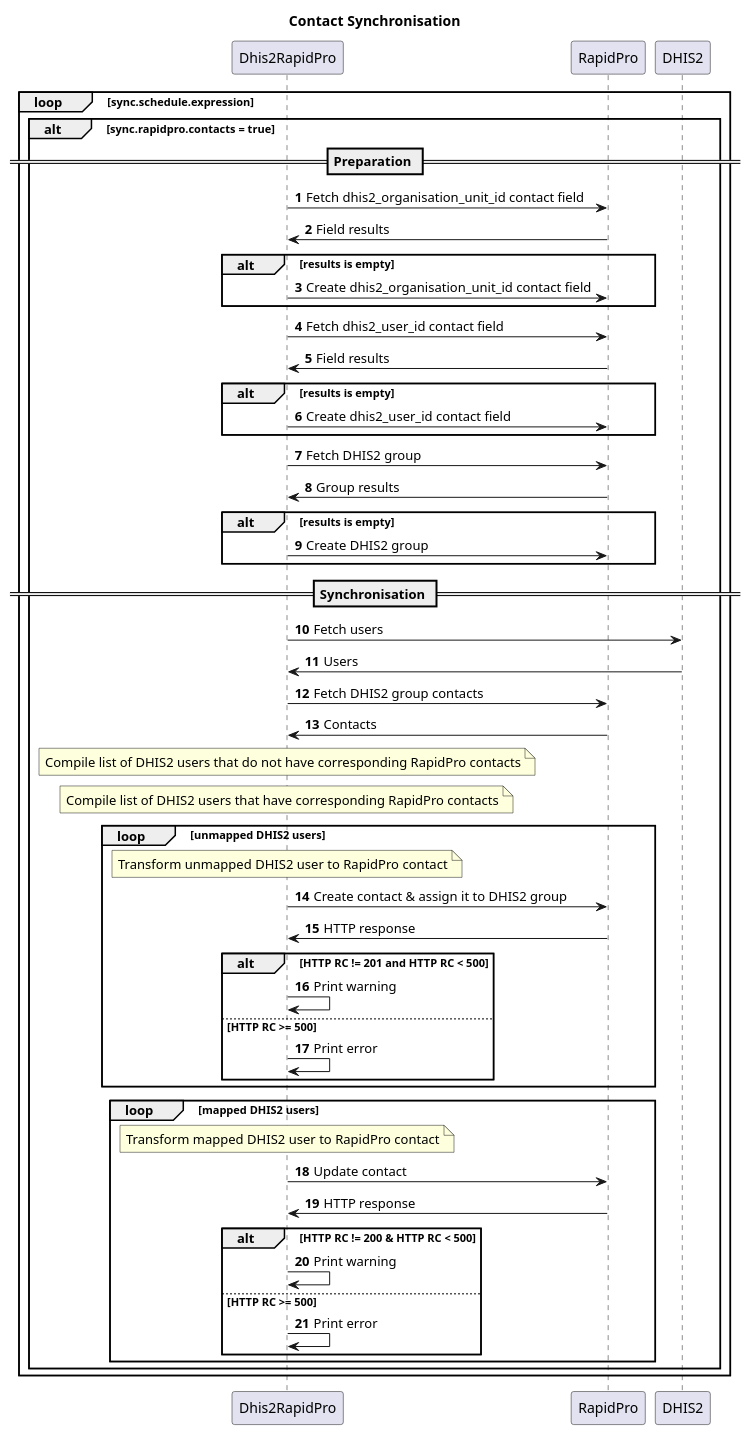
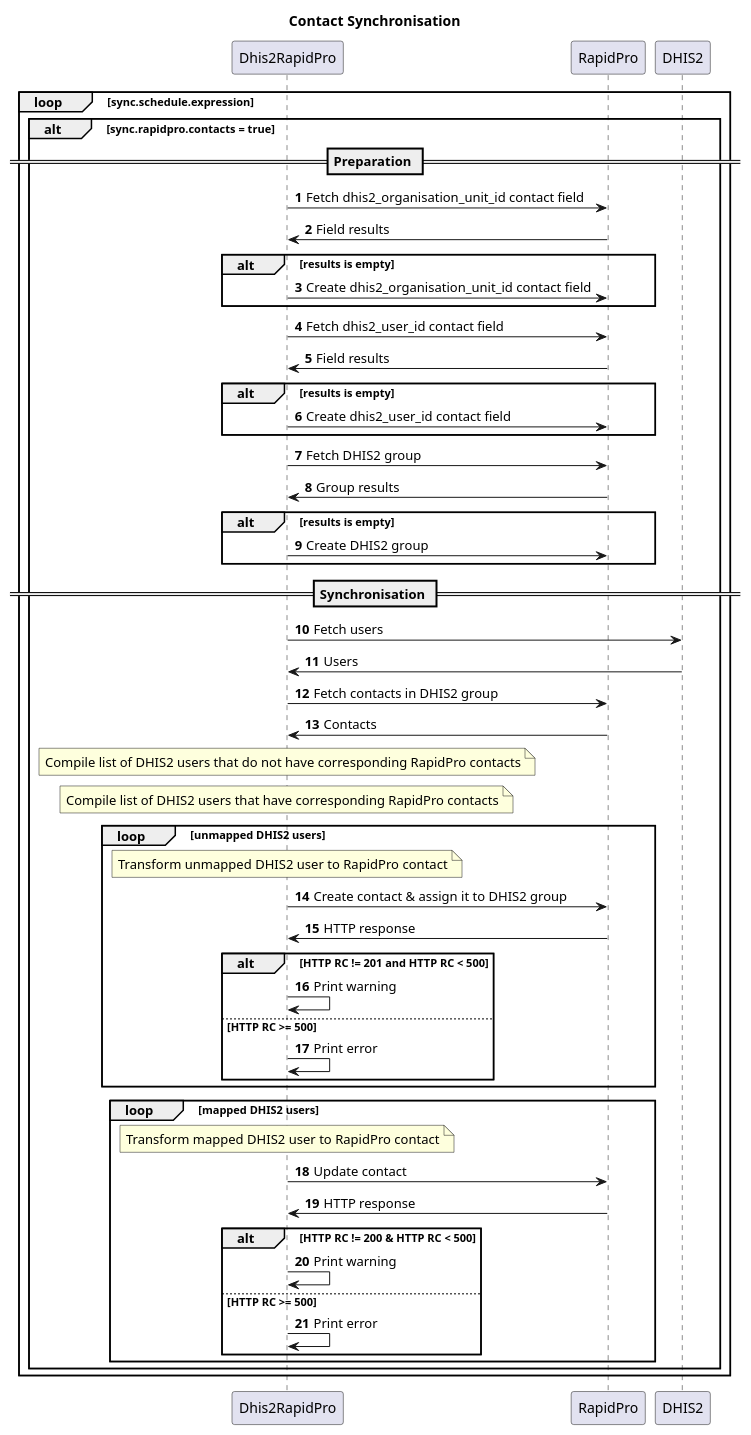
Before and after one commit to dhis2/integration-dhis-rapidpro: the diagram in design/plantuml/contact-synchronisation.puml, drawn with PlantUML. The commit also changed 11 other files, not shown here.

First line of the commit message:
docs: add use case diagram (#61)

```diff
--- a/design/plantuml/contact-synchronisation.puml
+++ b/design/plantuml/contact-synchronisation.puml
@@ -1,52 +1,52 @@
 @startuml
 title Contact Synchronisation
 autonumber
 skinparam responseMessageBelowArrow true
 loop sync.schedule.expression
     alt sync.rapidpro.contacts = true
         == Preparation ==
         Dhis2RapidPro -> RapidPro: Fetch dhis2_organisation_unit_id contact field
         RapidPro -> Dhis2RapidPro: Field results
         alt results is empty
             Dhis2RapidPro -> RapidPro: Create dhis2_organisation_unit_id contact field
         end
         Dhis2RapidPro -> RapidPro: Fetch dhis2_user_id contact field
         RapidPro -> Dhis2RapidPro: Field results
         alt results is empty
             Dhis2RapidPro -> RapidPro: Create dhis2_user_id contact field
         end
         Dhis2RapidPro -> RapidPro: Fetch DHIS2 group
         RapidPro -> Dhis2RapidPro: Group results
         alt results is empty
             Dhis2RapidPro -> RapidPro: Create DHIS2 group
         end
         == Synchronisation ==
         Dhis2RapidPro -> DHIS2: Fetch users
         DHIS2 -> Dhis2RapidPro: Users
-        Dhis2RapidPro -> RapidPro: Fetch DHIS2 group contacts
+        Dhis2RapidPro -> RapidPro: Fetch contacts in DHIS2 group
         RapidPro -> Dhis2RapidPro: Contacts
         note over Dhis2RapidPro: Compile list of DHIS2 users that do not have corresponding RapidPro contacts
         note over Dhis2RapidPro: Compile list of DHIS2 users that have corresponding RapidPro contacts
         loop unmapped DHIS2 users
             note over Dhis2RapidPro: Transform unmapped DHIS2 user to RapidPro contact
             Dhis2RapidPro -> RapidPro: Create contact & assign it to DHIS2 group
             RapidPro -> Dhis2RapidPro: HTTP response
             alt HTTP RC != 201 and HTTP RC < 500
                 Dhis2RapidPro -> Dhis2RapidPro: Print warning
             else HTTP RC >= 500
                 Dhis2RapidPro -> Dhis2RapidPro: Print error
             end
         end
         loop mapped DHIS2 users
             note over Dhis2RapidPro: Transform mapped DHIS2 user to RapidPro contact
             Dhis2RapidPro -> RapidPro: Update contact
             RapidPro -> Dhis2RapidPro: HTTP response
             alt HTTP RC != 200 & HTTP RC < 500
                 Dhis2RapidPro -> Dhis2RapidPro: Print warning
             else HTTP RC >= 500
                 Dhis2RapidPro -> Dhis2RapidPro: Print error
             end
         end
     end
 end
 @enduml
```
